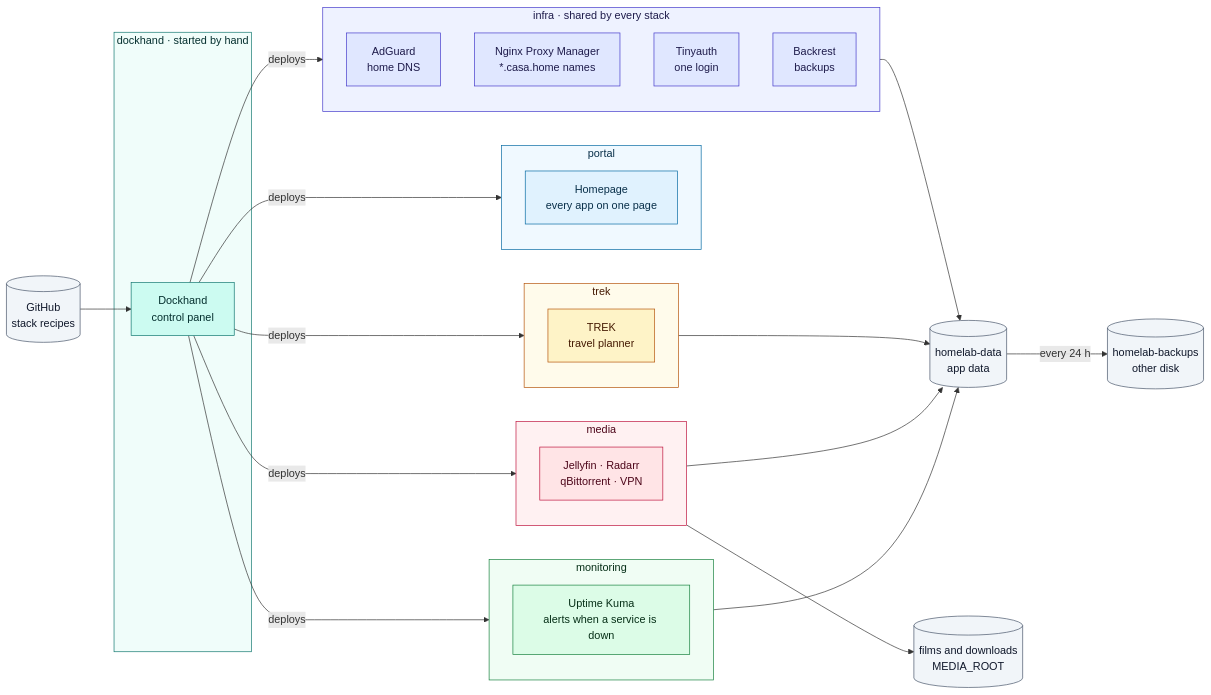
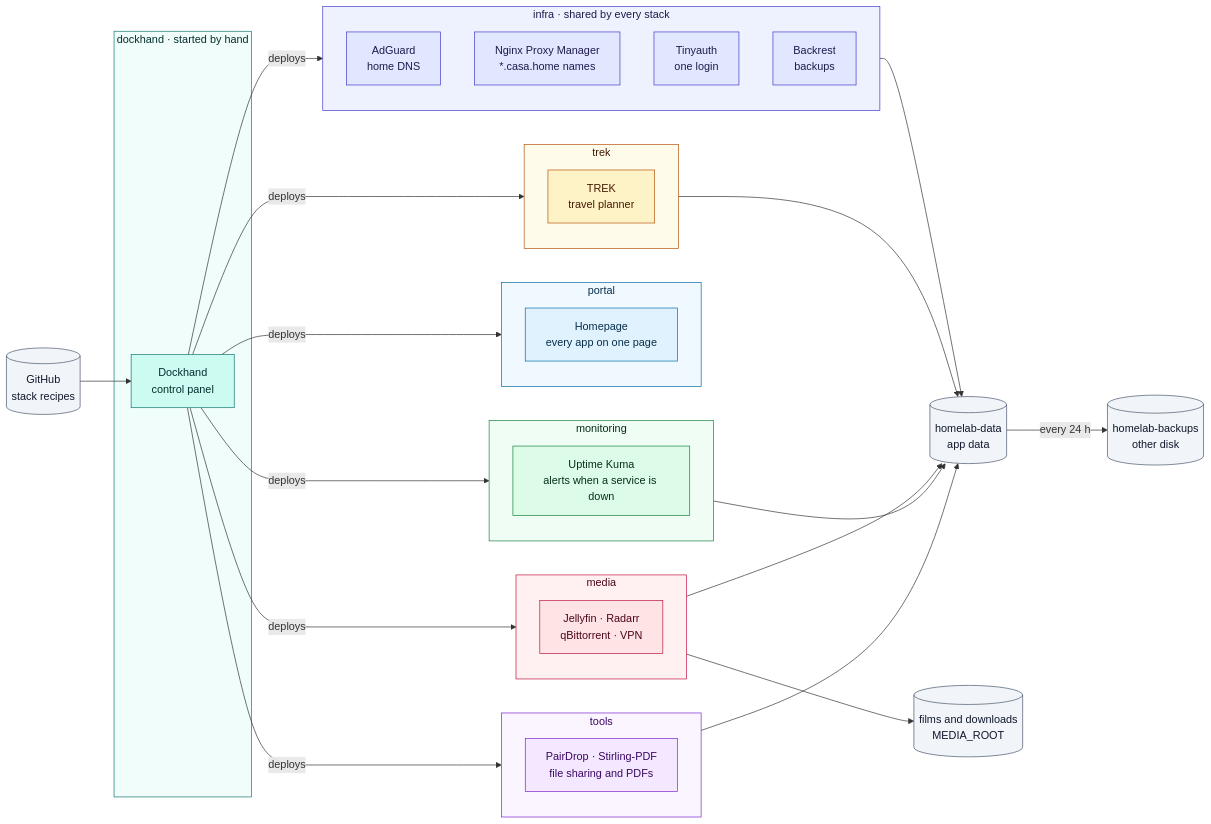
The diagram in README.md (c4rl0s04/homelab), drawn with Mermaid before and after one commit. The commit also changed other lines of this file and 6 other files, not shown here.

First line of the commit message:
feat: add tools stack with PairDrop and Stirling-PDF

````diff
--- a/README.md
+++ b/README.md
@@ -7,65 +7,73 @@
 ```mermaid
 flowchart LR
   git[("GitHub<br/>stack recipes")]
 
   subgraph DOCKHAND["dockhand · started by hand"]
     dockhand["Dockhand<br/>control panel"]
   end
 
   subgraph INFRA["infra · shared by every stack"]
     adguard["AdGuard<br/>home DNS"]
     npm["Nginx Proxy Manager<br/>*.casa.home names"]
     tinyauth["Tinyauth<br/>one login"]
     backrest["Backrest<br/>backups"]
   end
 
   subgraph TREK["trek"]
     trek["TREK<br/>travel planner"]
   end
 
   subgraph MONITORING["monitoring"]
     kuma["Uptime Kuma<br/>alerts when a service is down"]
   end
 
   subgraph PORTAL["portal"]
     homepage["Homepage<br/>every app on one page"]
   end
 
+  subgraph TOOLS["tools"]
+    tools["PairDrop · Stirling-PDF<br/>file sharing and PDFs"]
+  end
+
   subgraph MEDIA["media"]
     media["Jellyfin · Radarr<br/>qBittorrent · VPN"]
   end
 
   data[("homelab-data<br/>app data")]
   backups[("homelab-backups<br/>other disk")]
 
   git --> dockhand
   dockhand -- deploys --> INFRA
   dockhand -- deploys --> TREK
   dockhand -- deploys --> MEDIA
   dockhand -- deploys --> MONITORING
   dockhand -- deploys --> PORTAL
-  INFRA & TREK & MEDIA & MONITORING --> data
+  dockhand -- deploys --> TOOLS
+  INFRA & TREK & MEDIA & MONITORING & TOOLS --> data
   MEDIA --> films[("films and downloads<br/>MEDIA_ROOT")]
   data -- every 24 h --> backups
 
   classDef manager fill:#ccfbf1,stroke:#0f766e,color:#042f2e
   classDef infra fill:#e0e7ff,stroke:#4338ca,color:#1e1b4b
   classDef trek fill:#fef3c7,stroke:#b45309,color:#451a03
   classDef media fill:#ffe4e6,stroke:#be123c,color:#4c0519
   classDef monitoring fill:#dcfce7,stroke:#15803d,color:#052e16
   classDef portal fill:#e0f2fe,stroke:#0369a1,color:#082f49
+  classDef tools fill:#f3e8ff,stroke:#7e22ce,color:#3b0764
   classDef storage fill:#f1f5f9,stroke:#475569,color:#0f172a
   class dockhand manager
   class adguard,npm,backrest,tinyauth infra
   class trek trek
   class media media
   class kuma monitoring
   class homepage portal
+  class tools tools
   class git,data,backups,films storage
   style DOCKHAND fill:#f0fdfa,stroke:#0f766e,color:#042f2e
   style INFRA fill:#eef2ff,stroke:#4338ca,color:#1e1b4b
   style TREK fill:#fffbeb,stroke:#b45309,color:#451a03
   style MEDIA fill:#fff1f2,stroke:#be123c,color:#4c0519
   style MONITORING fill:#f0fdf4,stroke:#15803d,color:#052e16
   style PORTAL fill:#f0f9ff,stroke:#0369a1,color:#082f49
+  style TOOLS fill:#faf5ff,stroke:#7e22ce,color:#3b0764
 ```
````
